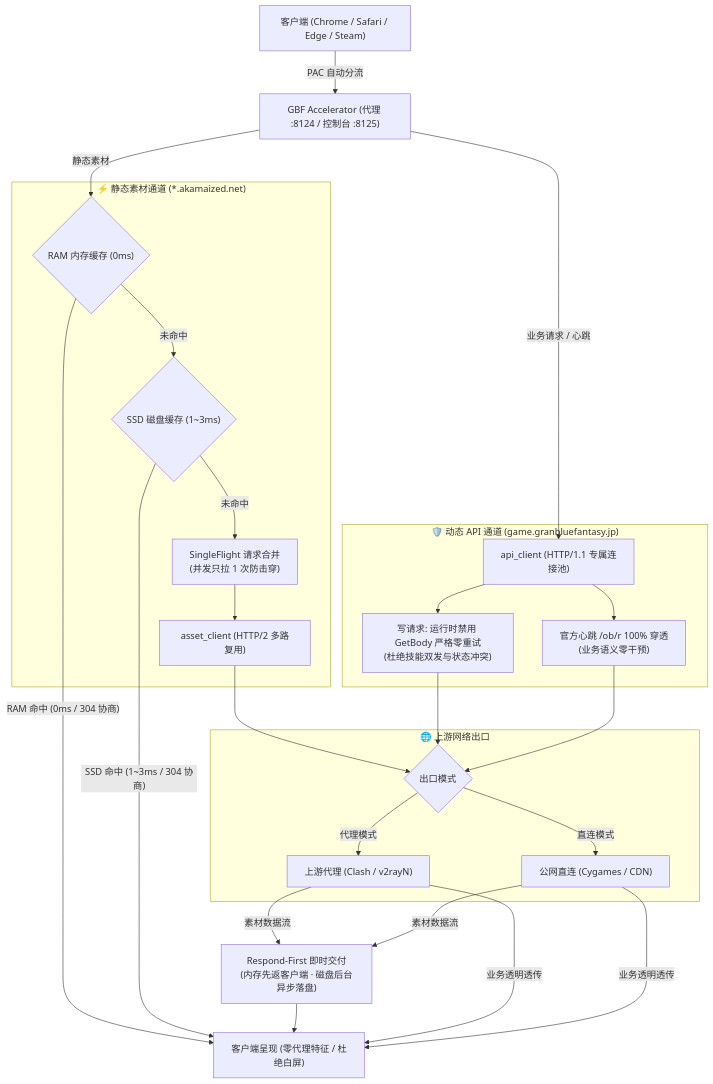
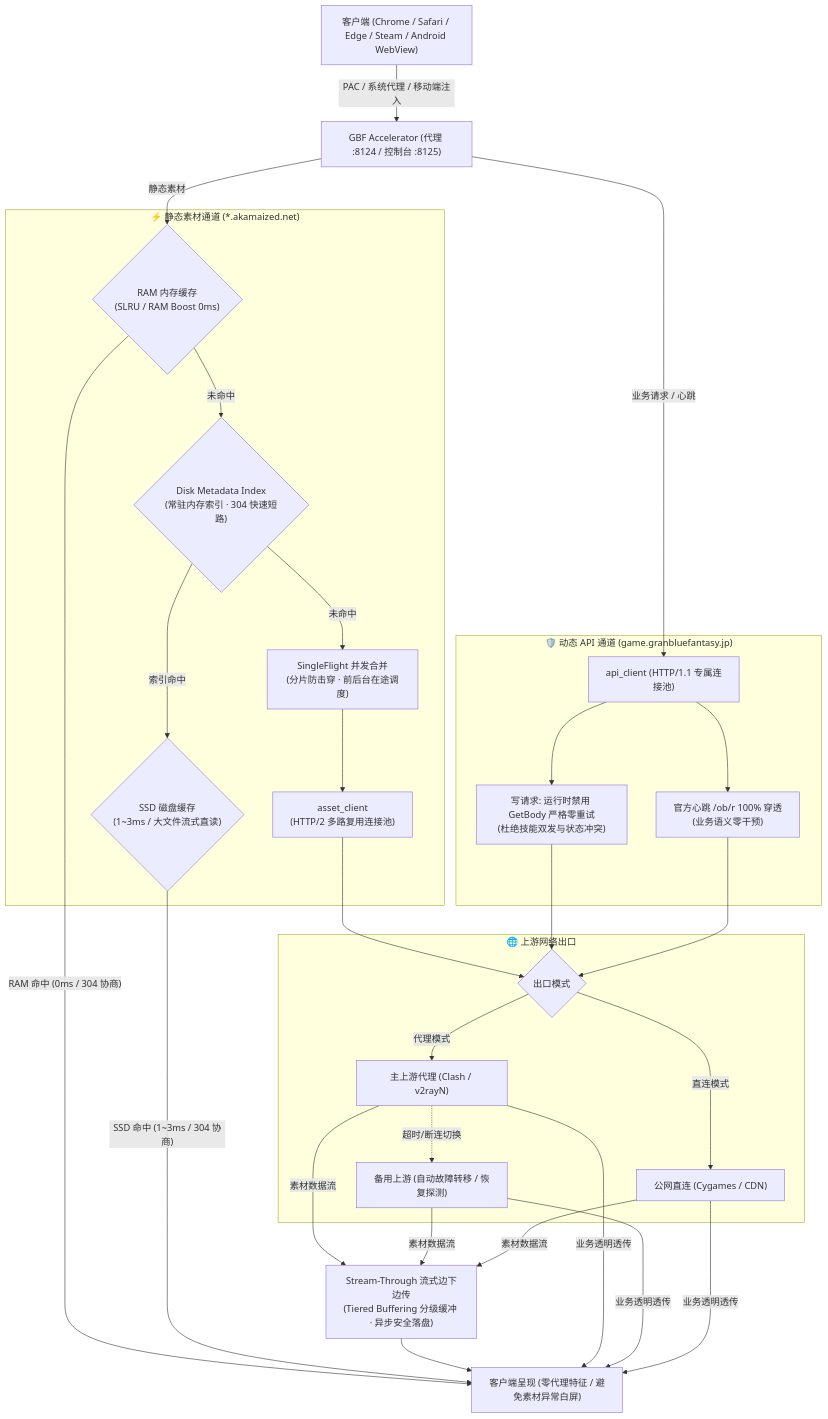
The diagram in README.md (Sagisawa/GBF-Accelerator), drawn with Mermaid before and after one commit. The commit also changed other lines of this file and 3 other files, not shown here.

````diff
--- a/README.md
+++ b/README.md
@@ -41,53 +45,59 @@
 ```mermaid
 flowchart TD
-    Client["客户端 (Chrome / Safari / Edge / Steam)"]
+    Client["客户端 (Chrome / Safari / Edge / Steam / Android WebView)"]
     Proxy["GBF Accelerator (代理 :8124 / 控制台 :8125)"]
 
-    Client -->|"PAC 自动分流"| Proxy
+    Client -->|"PAC / 系统代理 / 移动端注入"| Proxy
 
     subgraph AssetChannel ["⚡ 静态素材通道 (*.akamaized.net)"]
-        RAMCheck{"RAM 内存缓存 (0ms)"}
-        DiskCheck{"SSD 磁盘缓存 (1~3ms)"}
-        SingleFlight["SingleFlight 请求合并<br/>(并发只拉 1 次防击穿)"]
-        AssetClient["asset_client (HTTP/2 多路复用)"]
+        RAMCheck{"RAM 内存缓存<br/>(SLRU / RAM Boost 0ms)"}
+        DiskMeta{"Disk Metadata Index<br/>(常驻内存索引 · 304 快速短路)"}
+        DiskCheck{"SSD 磁盘缓存<br/>(1~3ms / 大文件流式直读)"}
+        SingleFlight["SingleFlight 并发合并<br/>(分片防击穿 · 前后台在途调度)"]
+        AssetClient["asset_client<br/>(HTTP/2 多路复用连接池)"]
 
-        RAMCheck -->|"未命中"| DiskCheck
-        DiskCheck -->|"未命中"| SingleFlight
+        RAMCheck -->|"未命中"| DiskMeta
+        DiskMeta -->|"索引命中"| DiskCheck
+        DiskMeta -->|"未命中"| SingleFlight
         SingleFlight --> AssetClient
     end
 
     subgraph APIChannel ["🛡️ 动态 API 通道 (game.granbluefantasy.jp)"]
         APIClient["api_client (HTTP/1.1 专属连接池)"]
         ZeroRetry["写请求: 运行时禁用 GetBody 严格零重试<br/>(杜绝技能双发与状态冲突)"]
         Heartbeat["官方心跳 /ob/r 100% 穿透<br/>(业务语义零干预)"]
 
         APIClient --> ZeroRetry
         APIClient --> Heartbeat
     end
 
     subgraph UpstreamGateway ["🌐 上游网络出口"]
         UpstreamMode{"出口模式"}
-        UpstreamProxy["上游代理 (Clash / v2rayN)"]
+        UpstreamProxy["主上游代理 (Clash / v2rayN)"]
+        FailoverProxy["备用上游 (自动故障转移 / 恢复探测)"]
         DirectNet["公网直连 (Cygames / CDN)"]
 
         UpstreamMode -->|"代理模式"| UpstreamProxy
+        UpstreamProxy -.->|"超时/断连切换"| FailoverProxy
         UpstreamMode -->|"直连模式"| DirectNet
     end
 
     Proxy -->|"静态素材"| RAMCheck
     Proxy -->|"业务请求 / 心跳"| APIClient
 
     AssetClient --> UpstreamMode
     ZeroRetry --> UpstreamMode
     Heartbeat --> UpstreamMode
 
-    UpstreamProxy -->|"素材数据流"| RespondFirst["Respond-First 即时交付<br/>(内存先返客户端 · 磁盘后台异步落盘)"]
-    DirectNet -->|"素材数据流"| RespondFirst
+    UpstreamProxy -->|"素材数据流"| StreamThrough["Stream-Through 流式边下边传<br/>(Tiered Buffering 分级缓冲 · 异步安全落盘)"]
+    FailoverProxy -->|"素材数据流"| StreamThrough
+    DirectNet -->|"素材数据流"| StreamThrough
 
-    RAMCheck -->|"RAM 命中 (0ms / 304 协商)"| Deliver["客户端呈现 (零代理特征 / 杜绝白屏)"]
+    RAMCheck -->|"RAM 命中 (0ms / 304 协商)"| Deliver["客户端呈现 (零代理特征 / 避免素材异常白屏)"]
     DiskCheck -->|"SSD 命中 (1~3ms / 304 协商)"| Deliver
-    RespondFirst --> Deliver
+    StreamThrough --> Deliver
 
     UpstreamProxy -->|"业务透明透传"| Deliver
+    FailoverProxy -->|"业务透明透传"| Deliver
     DirectNet -->|"业务透明透传"| Deliver
 ```
````
